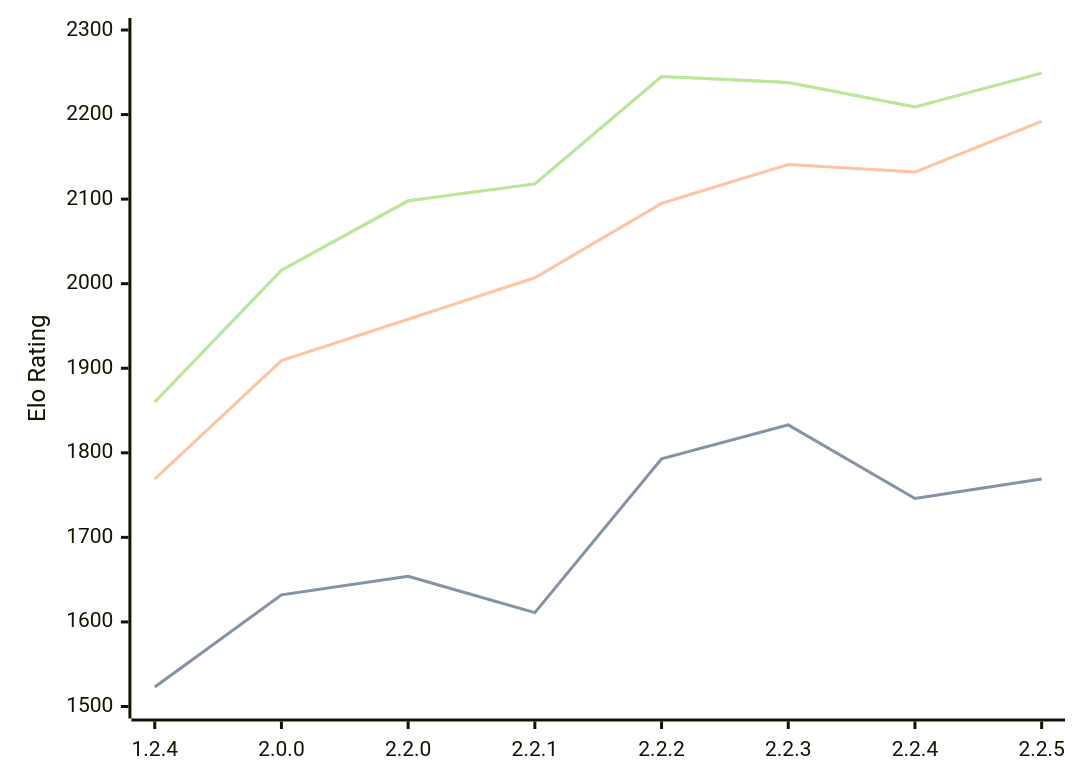
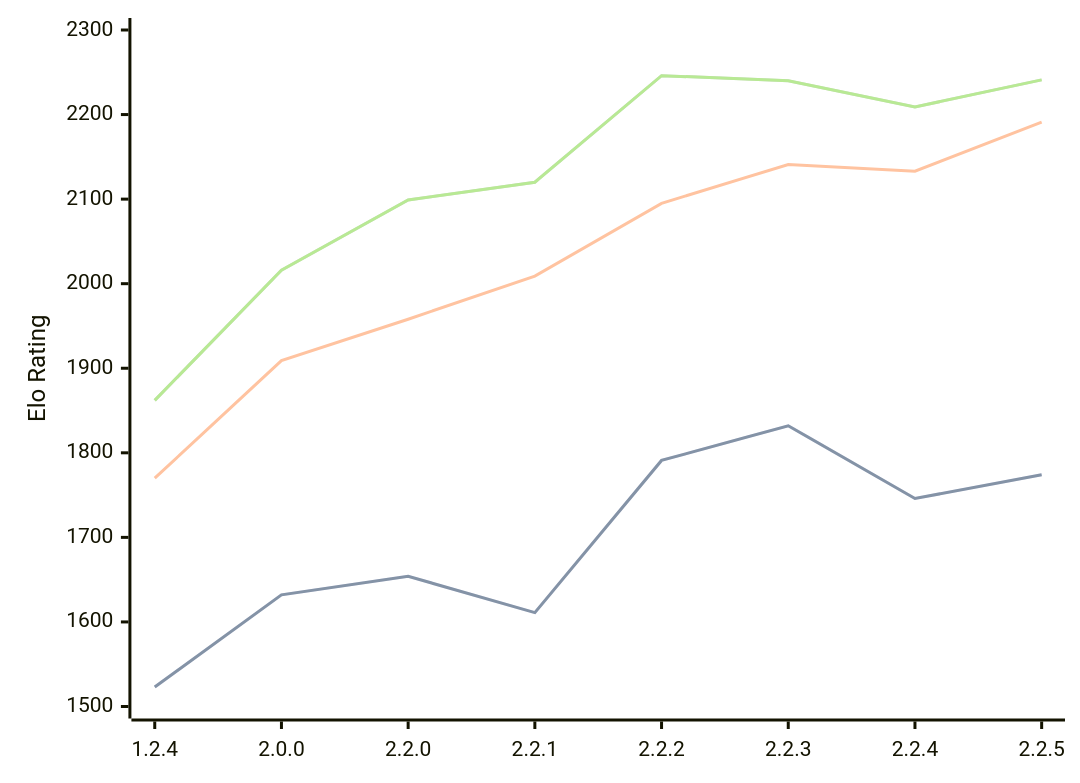
The diagram in engines/Kreveta.md (computer-chess-index/cci), drawn with Mermaid before and after one commit. The commit also changed other lines of this file, not shown here.

Commit message:
Update CCI Ratings (ELO VLTC) - 2026-04-11

````diff
--- a/engines/Kreveta.md
+++ b/engines/Kreveta.md
@@ -41,11 +41,11 @@
 ```mermaid
 %%{init: {"theme":"base","themeVariables":{"seriesColors:['#a3a3a3','#222221','#faa371']}}}%%
 xychart-beta
   x-axis ["1.2.4", "2.0.0", "2.2.0", "2.2.1", "2.2.2", "2.2.3", "2.2.4", "2.2.5"]
   y-axis "Elo Rating" 1500 --> 2300
-  line "STC (8.0+0.08s)" [1523, 1632, 1654, 1611, 1793, 1833, 1746, 1769]
-  line "STC (8.0+0.08s)" [1523, 1632, 1654, 1611, 1793, 1833, 1746, 1769]
-  line "LTC (60.0+0.60s)" [1769, 1909, 1958, 2007, 2095, 2141, 2132, 2192]
-  line "VLTC (2m24s+1.12s)" [1860, 2016, 2098, 2118, 2245, 2238, 2209, 2249]
-  line "VLTC (2m24s+1.12s)" [1860, 2016, 2098, 2118, 2245, 2238, 2209, 2249]
+  line "STC (8.0+0.08s)" [1523, 1632, 1654, 1611, 1791, 1832, 1746, 1774]
+  line "STC (8.0+0.08s)" [1523, 1632, 1654, 1611, 1791, 1832, 1746, 1774]
+  line "LTC (60.0+0.60s)" [1770, 1909, 1958, 2009, 2095, 2141, 2133, 2191]
+  line "VLTC (2m24s+1.12s)" [1862, 2016, 2099, 2120, 2246, 2240, 2209, 2241]
+  line "VLTC (2m24s+1.12s)" [1862, 2016, 2099, 2120, 2246, 2240, 2209, 2241]
 ```
````
